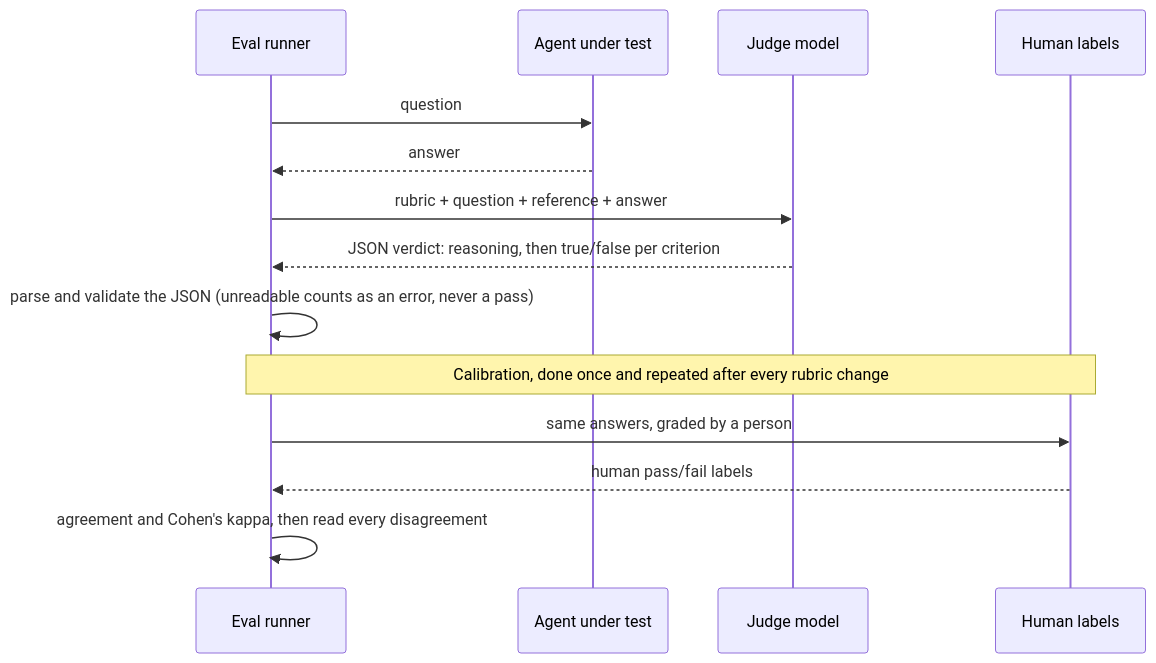
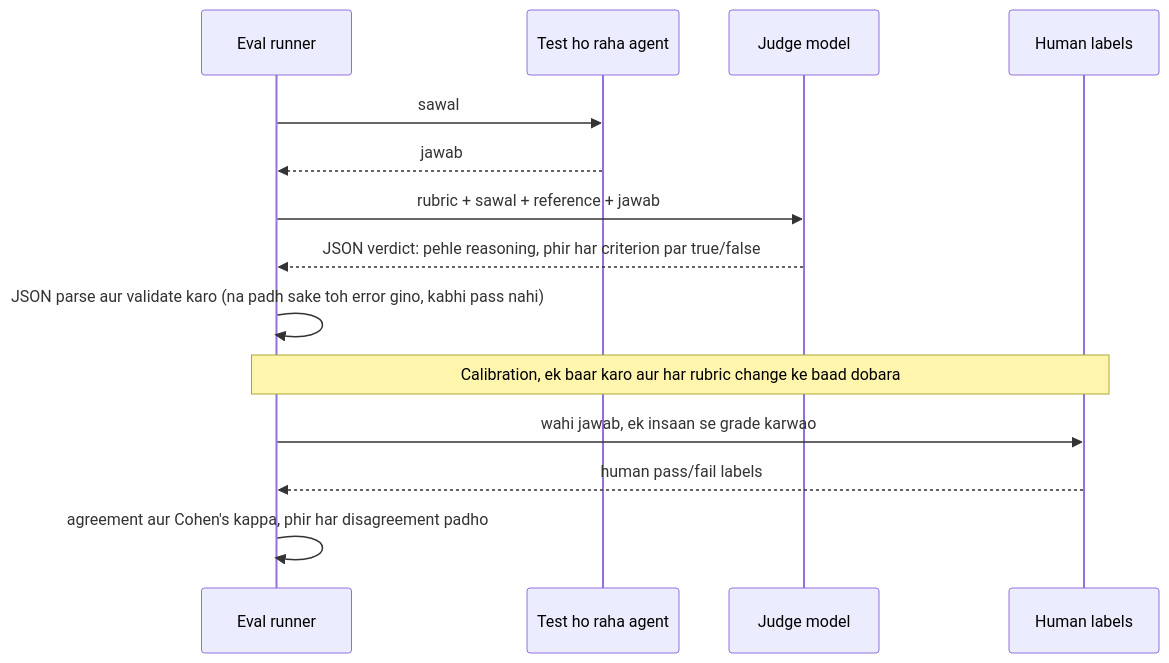
Before and after one commit to asmustechno/agentic-ai-notes: the diagram in docs/12-evaluation/12.3-llm-as-judge.md, drawn with Mermaid. The commit also changed other lines of this file and 135 other files, not shown here.

````diff
--- a/docs/12-evaluation/12.3-llm-as-judge.md
+++ b/docs/12-evaluation/12.3-llm-as-judge.md
@@ -54,16 +54,16 @@
 ```mermaid
 sequenceDiagram
     participant R as Eval runner
-    participant A as Agent under test
+    participant A as Test ho raha agent
     participant J as Judge model
     participant H as Human labels
-    R->>A: question
-    A-->>R: answer
-    R->>J: rubric + question + reference + answer
-    J-->>R: JSON verdict: reasoning, then true/false per criterion
-    R->>R: parse and validate the JSON (unreadable counts as an error, never a pass)
-    Note over R,H: Calibration, done once and repeated after every rubric change
-    R->>H: same answers, graded by a person
+    R->>A: sawal
+    A-->>R: jawab
+    R->>J: rubric + sawal + reference + jawab
+    J-->>R: JSON verdict: pehle reasoning, phir har criterion par true/false
+    R->>R: JSON parse aur validate karo (na padh sake toh error gino, kabhi pass nahi)
+    Note over R,H: Calibration, ek baar karo aur har rubric change ke baad dobara
+    R->>H: wahi jawab, ek insaan se grade karwao
     H-->>R: human pass/fail labels
-    R->>R: agreement and Cohen's kappa, then read every disagreement
+    R->>R: agreement aur Cohen's kappa, phir har disagreement padho
 ```
````
